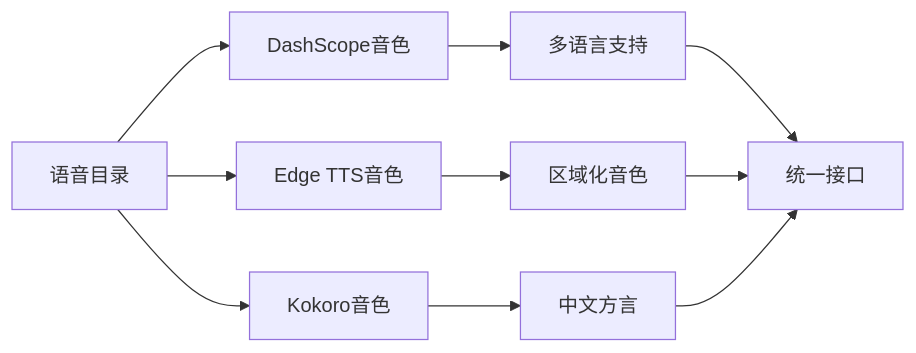
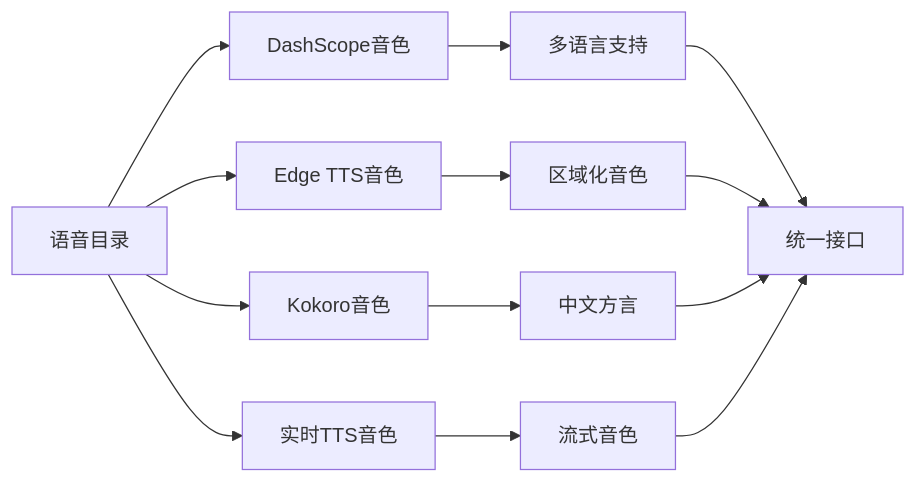
Before and after one commit to 1024dashen/Vue3Speech: diagram 12 of 13 in .qoder/repowiki/zh/content/后端服务架构/后端服务架构.md, drawn with Mermaid. The commit also changed other lines of this file and 9 other files, not shown here.

````diff
--- a/.qoder/repowiki/zh/content/后端服务架构/后端服务架构.md
+++ b/.qoder/repowiki/zh/content/后端服务架构/后端服务架构.md
@@ -575,12 +655,15 @@
 ```mermaid
 flowchart LR
 A[语音目录] --> B[DashScope音色]
 A --> C[Edge TTS音色]
 A --> D[Kokoro音色]
-B --> E[多语言支持]
-C --> F[区域化音色]
-D --> G[中文方言]
-E --> H[统一接口]
-F --> H
-G --> H
+A --> E[实时TTS音色]
+B --> F[多语言支持]
+C --> G[区域化音色]
+D --> H[中文方言]
+E --> I[流式音色]
+F --> J[统一接口]
+G --> J
+H --> J
+I --> J
 ```
````
